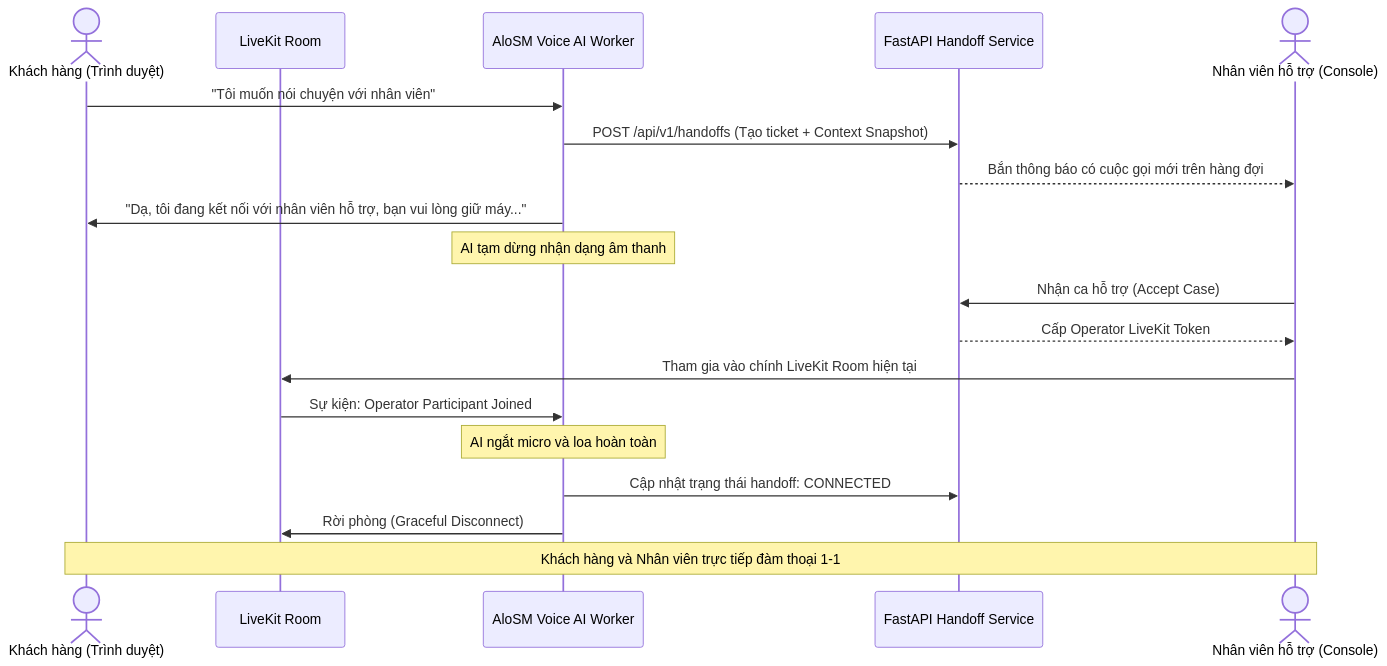
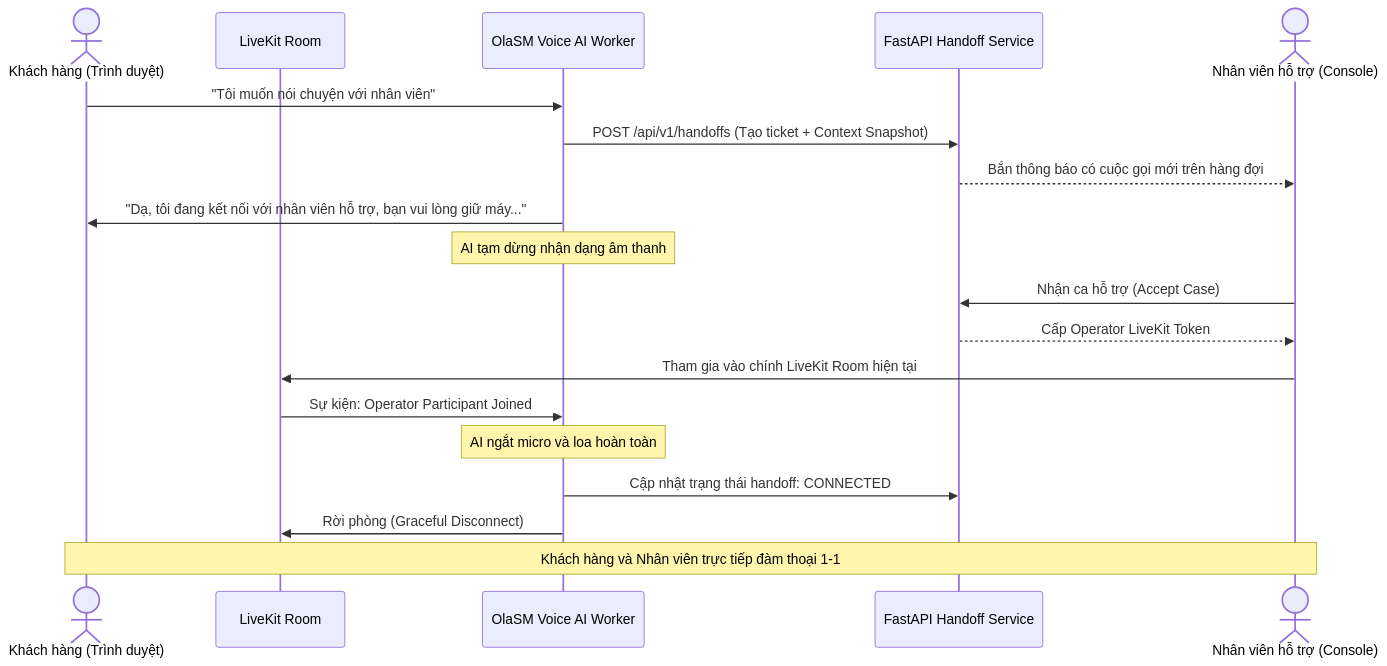
The sixth of 6 diagrams in docs/PROJECT_SYSTEM_SPECIFICATION.md (NamKhanh2128/OlaSM), drawn with Mermaid before and after one commit. The commit also changed other lines of this file and 43 other files, not shown here.

````diff
--- a/docs/PROJECT_SYSTEM_SPECIFICATION.md
+++ b/docs/PROJECT_SYSTEM_SPECIFICATION.md
@@ -443,26 +443,26 @@
 ```mermaid
 sequenceDiagram
     actor Customer as Khách hàng (Trình duyệt)
     participant LK as LiveKit Room
-    participant Worker as AloSM Voice AI Worker
+    participant Worker as OlaSM Voice AI Worker
     participant Backend as FastAPI Handoff Service
     actor Operator as Nhân viên hỗ trợ (Console)
 
     Customer->>Worker: "Tôi muốn nói chuyện với nhân viên"
     Worker->>Backend: POST /api/v1/handoffs (Tạo ticket + Context Snapshot)
     Backend-->>Operator: Bắn thông báo có cuộc gọi mới trên hàng đợi
     Worker->>Customer: "Dạ, tôi đang kết nối với nhân viên hỗ trợ, bạn vui lòng giữ máy..."
     
     Note over Worker: AI tạm dừng nhận dạng âm thanh
     
     Operator->>Backend: Nhận ca hỗ trợ (Accept Case)
     Backend-->>Operator: Cấp Operator LiveKit Token
     Operator->>LK: Tham gia vào chính LiveKit Room hiện tại
     
     LK->>Worker: Sự kiện: Operator Participant Joined
     Note over Worker: AI ngắt micro và loa hoàn toàn
     Worker->>Backend: Cập nhật trạng thái handoff: CONNECTED
     Worker->>LK: Rời phòng (Graceful Disconnect)
     
     Note over Customer,Operator: Khách hàng và Nhân viên trực tiếp đàm thoại 1-1
 ```
````
